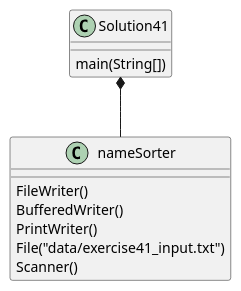
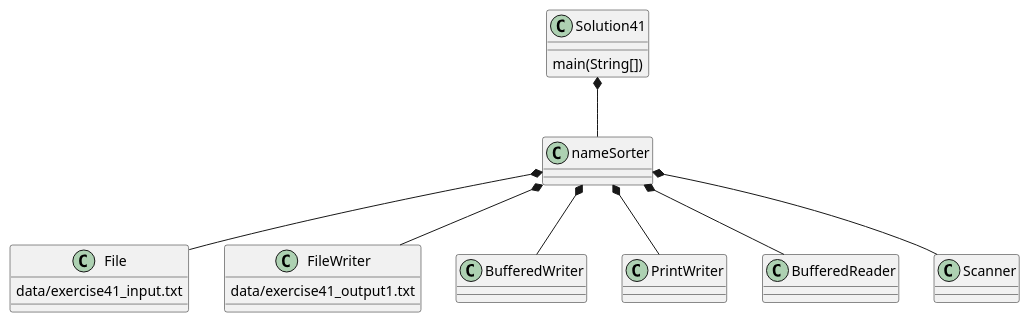
The diagram in exercise41/docs/exercise41.puml (MohitBallikar/Ballikar-a04), drawn with PlantUML before and after one commit. The commit also changed 1 other file, not shown here.

Commit message:
fixed issue with uml

```diff
--- a/exercise41/docs/exercise41.puml
+++ b/exercise41/docs/exercise41.puml
@@ -1,16 +1,23 @@
 @startuml
 class Solution41 {
     main(String[])
 }
 
 Solution41 *-- nameSorter
 
- class nameSorter{
- FileWriter()
- BufferedWriter()
- PrintWriter()
- File("data/exercise41_input.txt")
- Scanner()
+ class File{
+ data/exercise41_input.txt
  }
 
+nameSorter *-- File
+nameSorter *-- FileWriter
+nameSorter *-- BufferedWriter
+nameSorter *-- PrintWriter
+nameSorter *-- BufferedReader
+nameSorter *-- Scanner
+
+class FileWriter{
+data/exercise41_output1.txt
+}
+
 @enduml
```
